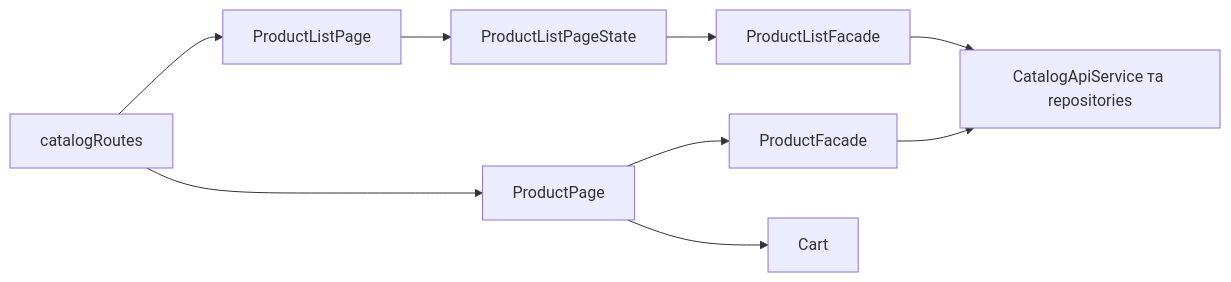
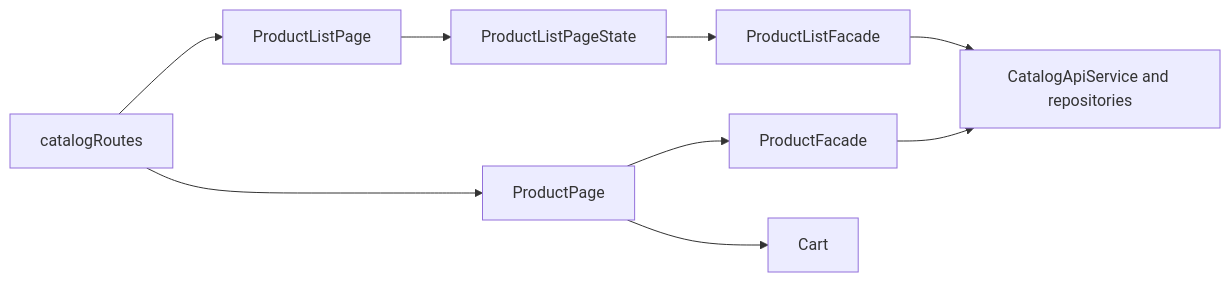
Before and after one commit to Weretik/kedr-web: the diagram in docs/features/storefront/catalog/catalog.md, drawn with Mermaid. The commit also changed other lines of this file and 95 other files, not shown here.

Commit message:
docs(frontend): reconcile architecture and feature guidance

````diff
--- a/docs/features/storefront/catalog/catalog.md
+++ b/docs/features/storefront/catalog/catalog.md
@@ -12,11 +12,11 @@
 ```mermaid
 flowchart LR
 Routes["catalogRoutes"] --> List["ProductListPage"]
 Routes --> Product["ProductPage"]
 List --> State["ProductListPageState"]
 State --> ListFacade["ProductListFacade"]
 Product --> ProductFacade["ProductFacade"]
-ListFacade --> API["CatalogApiService та repositories"]
+ListFacade --> API["CatalogApiService and repositories"]
 ProductFacade --> API
 Product --> Cart["Cart"]
 ```
````
